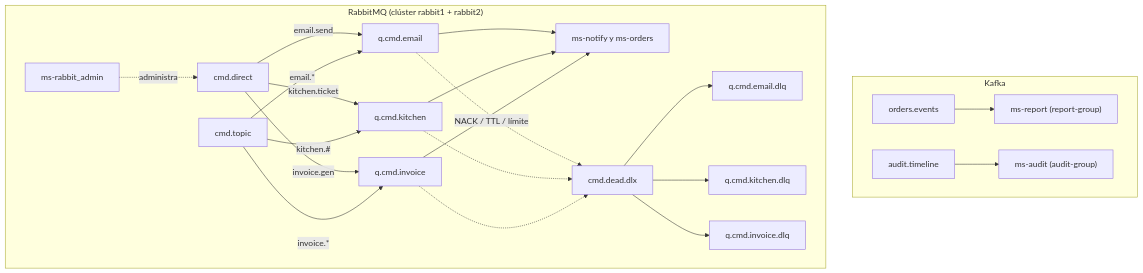
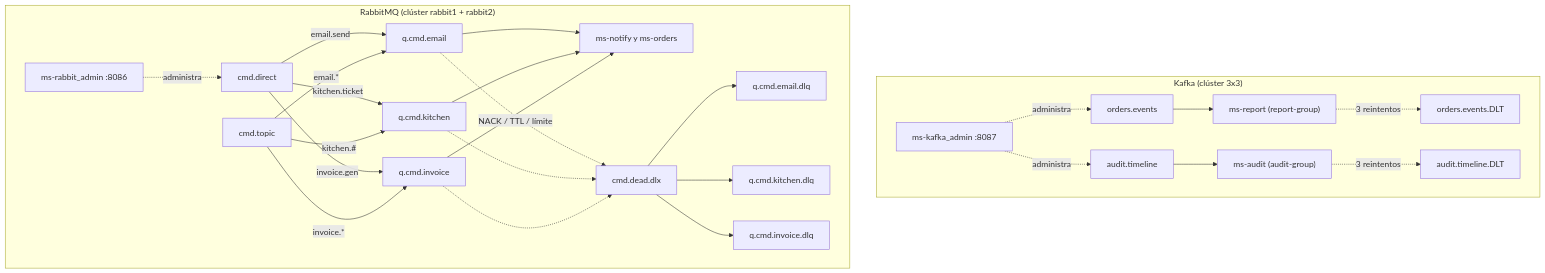
One commit to meninaaa/pedidos360-backend changed the third of 3 diagrams in README.md. Above: the diagram before and after it, drawn with Mermaid. The commit also changed other lines of this file, not shown here.

Commit message:
feat(kafka):  actualice el README

````diff
--- a/README.md
+++ b/README.md
@@ -92,25 +95,29 @@
 ```mermaid
 graph TB
-    subgraph Kafka
+    subgraph Kafka["Kafka (clúster 3x3)"]
         T1["orders.events"] --> REP["ms-report (report-group)"]
         T2["audit.timeline"] --> AUD["ms-audit (audit-group)"]
+        REP -.3 reintentos.-> DLT1["orders.events.DLT"]
+        AUD -.3 reintentos.-> DLT2["audit.timeline.DLT"]
+        KADM["ms-kafka_admin :8087"] -.administra.-> T1
+        KADM -.administra.-> T2
     end
     subgraph RabbitMQ["RabbitMQ (clúster rabbit1 + rabbit2)"]
         EXD["cmd.direct"] -->|email.send| Q1["q.cmd.email"]
         EXD -->|kitchen.ticket| Q2["q.cmd.kitchen"]
         EXD -->|invoice.gen| Q3["q.cmd.invoice"]
         EXT["cmd.topic"] -->|"email.*"| Q1
         EXT -->|"kitchen.#"| Q2
         EXT -->|"invoice.*"| Q3
         Q1 --> NOT["ms-notify y ms-orders"]
         Q2 --> NOT
         Q3 --> NOT
         Q1 -.NACK / TTL / límite.-> DLX["cmd.dead.dlx"]
         Q2 -.-> DLX
         Q3 -.-> DLX
         DLX --> D1["q.cmd.email.dlq"]
         DLX --> D2["q.cmd.kitchen.dlq"]
         DLX --> D3["q.cmd.invoice.dlq"]
-        ADM["ms-rabbit_admin"] -.administra.-> EXD
+        ADM["ms-rabbit_admin :8086"] -.administra.-> EXD
     end
 ```
````
